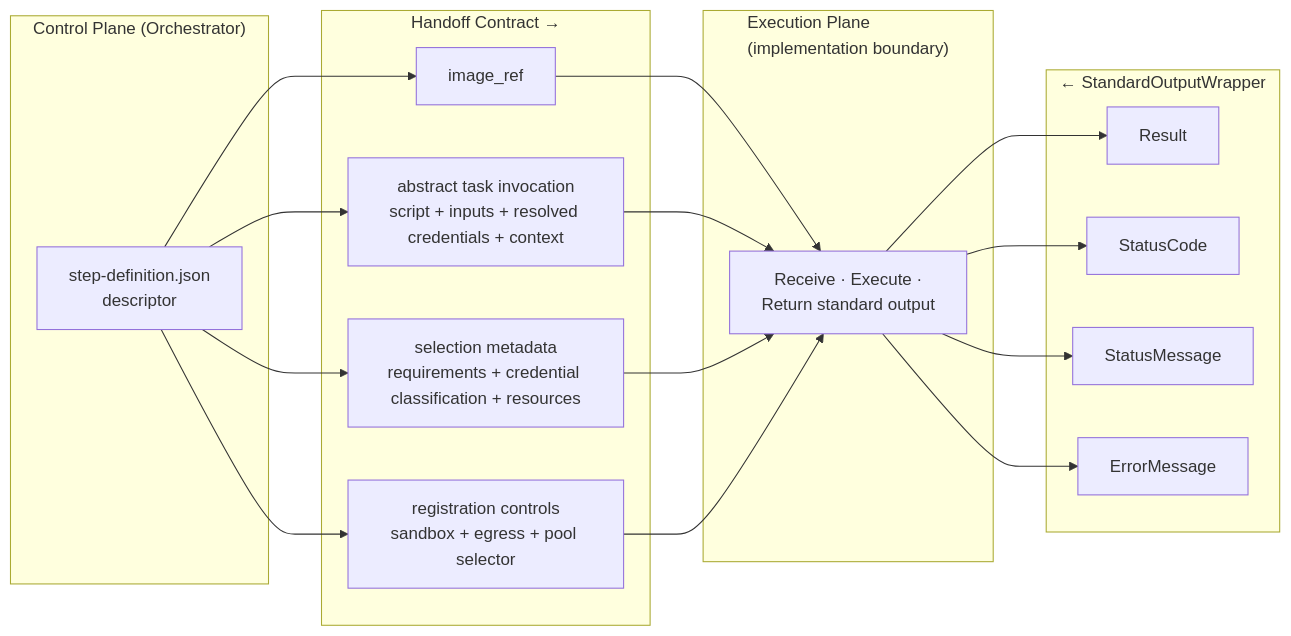
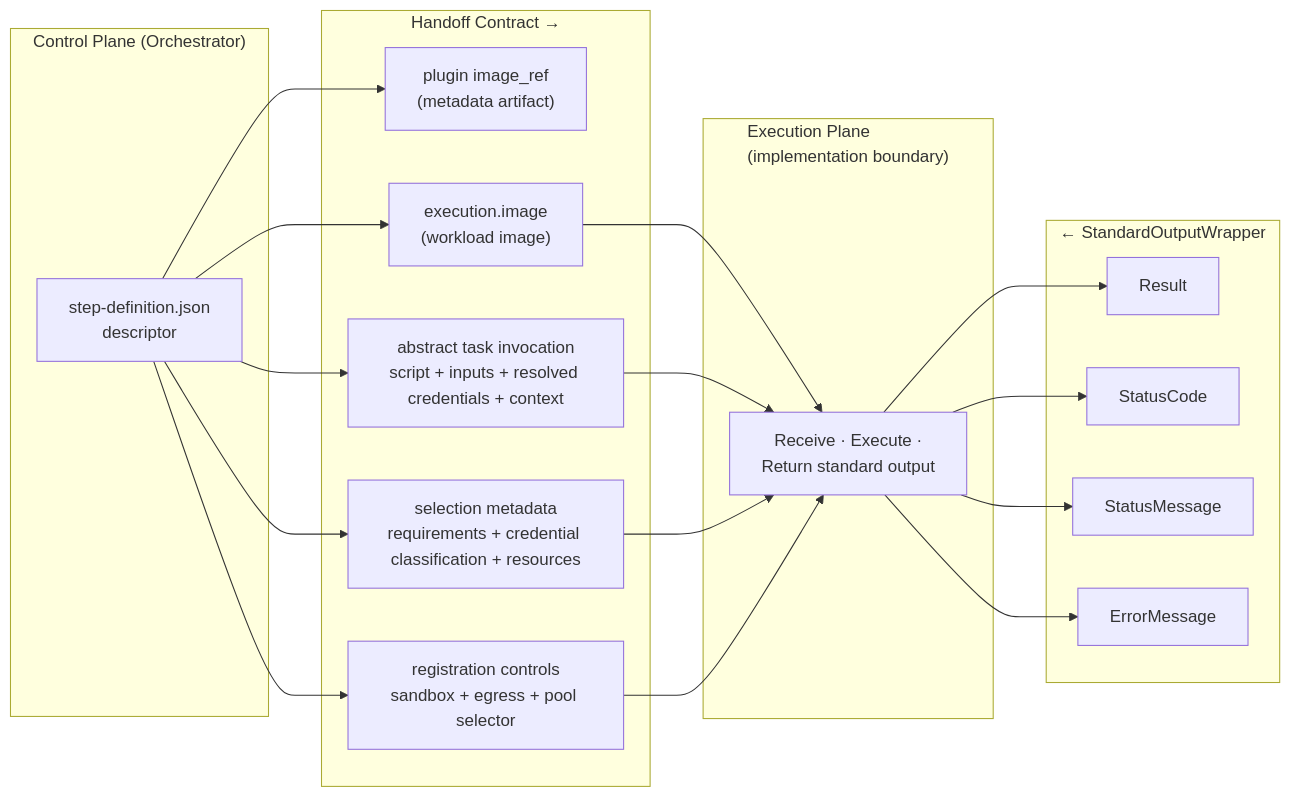
The fifth of 6 diagrams in docs/architecture.md (syntara-orchestration/syntara-node-sdk), drawn with Mermaid before and after one commit. The commit also changed other lines of this file and 35 other files, not shown here.

````diff
--- a/docs/architecture.md
+++ b/docs/architecture.md
@@ -424,33 +501,35 @@
 ```mermaid
 graph LR
     subgraph CONTROL["Control Plane (Orchestrator)"]
         DESC["step-definition.json<br/>descriptor"]
     end
 
     subgraph CONTRACT["Handoff Contract →"]
-        C1["image_ref"]
+        C1["plugin image_ref<br/>(metadata artifact)"]
+        C5["execution.image<br/>(workload image)"]
         C2["abstract task invocation<br/>script + inputs + resolved credentials + context"]
         C3["selection metadata<br/>requirements + credential classification + resources"]
         C4["registration controls<br/>sandbox + egress + pool selector"]
     end
 
     subgraph PLANE["Execution Plane<br/>(implementation boundary)"]
         BB["Receive · Execute ·<br/>Return standard output"]
     end
 
     subgraph RETURN["← StandardOutputWrapper"]
         R1["Result"]
         R2["StatusCode"]
         R3["StatusMessage"]
         R4["ErrorMessage"]
     end
 
-    DESC --> C1 --> BB
+    DESC --> C1
+    DESC --> C5 --> BB
     DESC --> C2 --> BB
     DESC --> C3 --> BB
     DESC --> C4 --> BB
     BB --> R1
     BB --> R2
     BB --> R3
     BB --> R4
 ```
````
